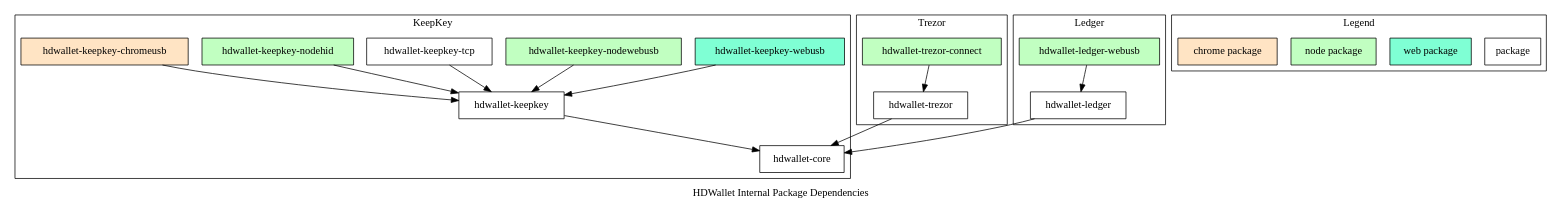
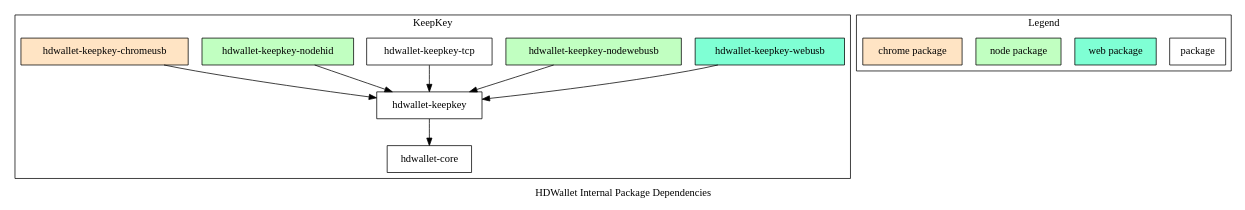
The diagram in docs/architecture.dot (shapeshift/hdwallet), drawn with Graphviz before and after one commit. The commit also changed 3 other files, not shown here.

```diff
--- a/docs/architecture.dot
+++ b/docs/architecture.dot
@@ -1,52 +1,33 @@
 digraph D {
   label = "HDWallet Internal Package Dependencies"
 
   hdwalletcore [label="hdwallet-core", shape=box]
 
   subgraph cluster_0 {
     label = "Legend"
 
     package [label="package", shape=box]
     webpackage [label="web package", shape=box, fillcolor="aquamarine", style=filled]
     nodepackage [label="node package", shape=box, fillcolor="darkseagreen1", style=filled]
     chromepackage [label="chrome package", shape=box, fillcolor="bisque", style=filled]
   }
 
   subgraph cluster_1 {
     label = "KeepKey"
 
     hdwalletkeepkey [label="hdwallet-keepkey", shape=box]
     hdwalletkeepkey -> hdwalletcore
 
     hdwalletkeepkeywebusb [label="hdwallet-keepkey-webusb", shape=box, fillcolor="aquamarine", style=filled]
     hdwalletkeepkeywebusb -> hdwalletkeepkey
     hdwalletkeepkeynodewebusb [label="hdwallet-keepkey-nodewebusb", shape=box, fillcolor="darkseagreen1", style=filled]
     hdwalletkeepkeynodewebusb -> hdwalletkeepkey
     hdwalletkeepkeytcp [label="hdwallet-keepkey-tcp", shape=box]
     hdwalletkeepkeytcp -> hdwalletkeepkey
     hdwalletkeepkeynodehid [label="hdwallet-keepkey-nodehid", shape=box, fillcolor="darkseagreen1", style=filled]
     hdwalletkeepkeynodehid -> hdwalletkeepkey
     hdwalletkeepkeychromeusb [label="hdwallet-keepkey-chromeusb", shape=box, fillcolor="bisque", style=filled]
     hdwalletkeepkeychromeusb -> hdwalletkeepkey
   }
 
-  subgraph cluster_2 {
-    label = "Trezor"
-
-    hdwallettrezor [label="hdwallet-trezor", shape=box]
-    hdwallettrezor -> hdwalletcore
-
-    hdwallettrezorconnect [label="hdwallet-trezor-connect", shape=box, fillcolor="darkseagreen1", style=filled]
-    hdwallettrezorconnect -> hdwallettrezor
-  }
-
-  subgraph cluster_3 {
-    label = "Ledger"
-
-    hdwalletledger [label="hdwallet-ledger", shape=box]
-    hdwalletledger -> hdwalletcore
-
-    hdwalletledgerwebusb [label="hdwallet-ledger-webusb", shape=box, fillcolor="darkseagreen1", style=filled]
-    hdwalletledgerwebusb -> hdwalletledger
-  }
 }
```
